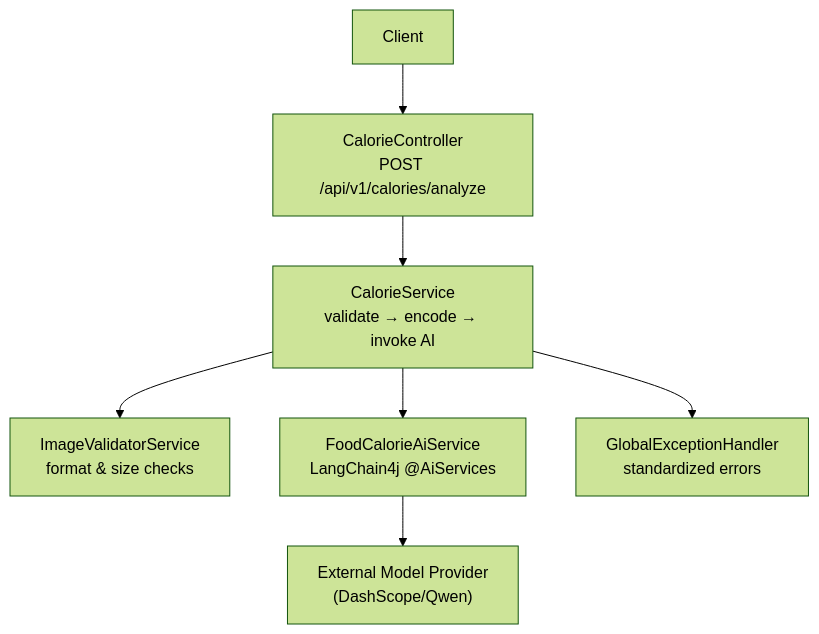
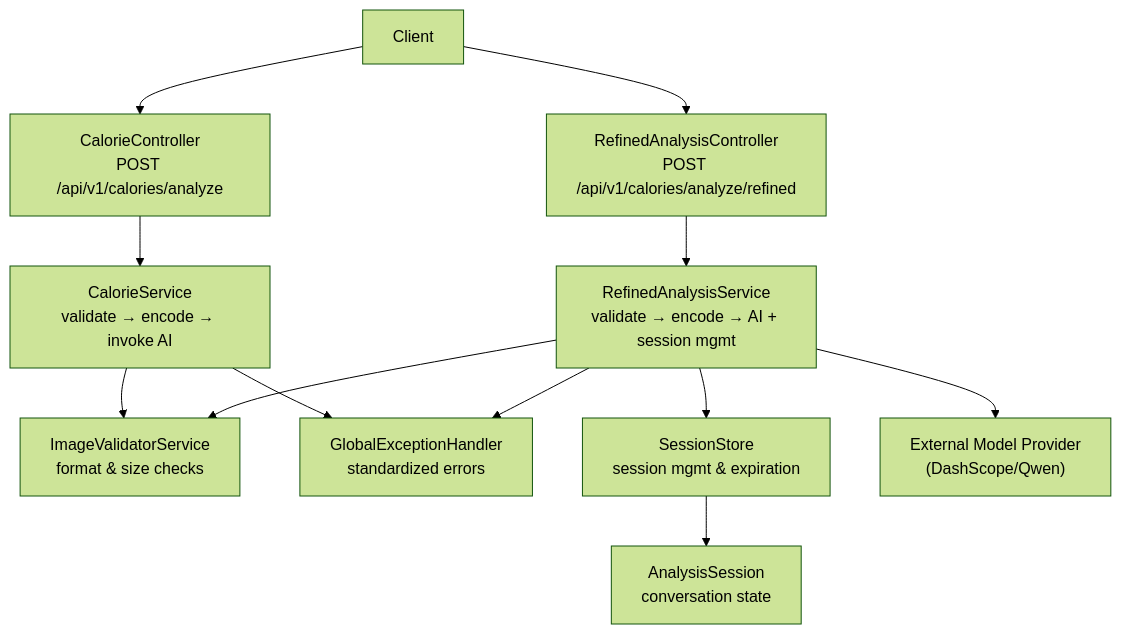
Before and after one commit to Meng-hh/heat_calculate: the first of 4 diagrams in .qoder/repowiki/en/content/API Reference.md, drawn with Mermaid (forest theme). The commit also changed other lines of this file and 25 other files, not shown here.

````diff
--- a/.qoder/repowiki/en/content/API Reference.md
+++ b/.qoder/repowiki/en/content/API Reference.md
@@ -43,9 +60,14 @@
 ```mermaid
 graph TB
-Client["Client"] --> C["CalorieController<br/>POST /api/v1/calories/analyze"]
-C --> S["CalorieService<br/>validate → encode → invoke AI"]
-S --> V["ImageValidatorService<br/>format & size checks"]
-S --> A["FoodCalorieAiService<br/>LangChain4j @AiServices"]
-S --> E["GlobalExceptionHandler<br/>standardized errors"]
-A --> M["External Model Provider<br/>(DashScope/Qwen)"]
+Client["Client"] --> B["CalorieController<br/>POST /api/v1/calories/analyze"]
+Client --> R["RefinedAnalysisController<br/>POST /api/v1/calories/analyze/refined"]
+B --> BS["CalorieService<br/>validate → encode → invoke AI"]
+R --> RS["RefinedAnalysisService<br/>validate → encode → AI + session mgmt"]
+BS --> V["ImageValidatorService<br/>format & size checks"]
+RS --> V
+BS --> E["GlobalExceptionHandler<br/>standardized errors"]
+RS --> E
+RS --> SS["SessionStore<br/>session mgmt & expiration"]
+SS --> AS["AnalysisSession<br/>conversation state"]
+RS --> M["External Model Provider<br/>(DashScope/Qwen)"]
 ```
````
